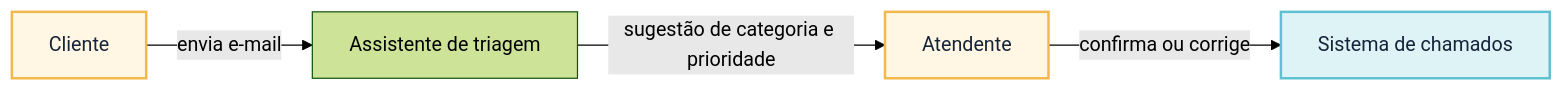
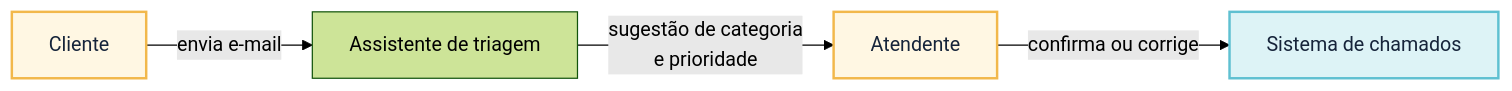
One commit to aulas-marco/arquitetura-solucoes-ia-generativa changed the first of 5 diagrams in docs/modulo-2-desenho-conceitual/conceitos.md. Above: the diagram before and after it, drawn with Mermaid (forest theme). The commit also changed other lines of this file, not shown here.

First line of the commit message:
fix(mod2): quebra rótulos longos nos diagramas de conceitos para evitar corte visual

````diff
--- a/docs/modulo-2-desenho-conceitual/conceitos.md
+++ b/docs/modulo-2-desenho-conceitual/conceitos.md
@@ -64,11 +64,11 @@
 ```mermaid
 flowchart LR
     CL[Cliente] -->|envia e-mail| AS[Assistente de triagem]
-    AS -->|sugestão de categoria e prioridade| AT[Atendente]
+    AS -->|"sugestão de categoria\ne prioridade"| AT[Atendente]
     AT -->|confirma ou corrige| SC[Sistema de chamados]
 
     classDef humano fill:#FFF7E3,stroke:#F2B84B,stroke-width:2px,color:#16243A;
     classDef dados fill:#DDF3F6,stroke:#5FC0D1,stroke-width:2px,color:#16243A;
     class CL,AT humano;
     class SC dados;
 ```
````
